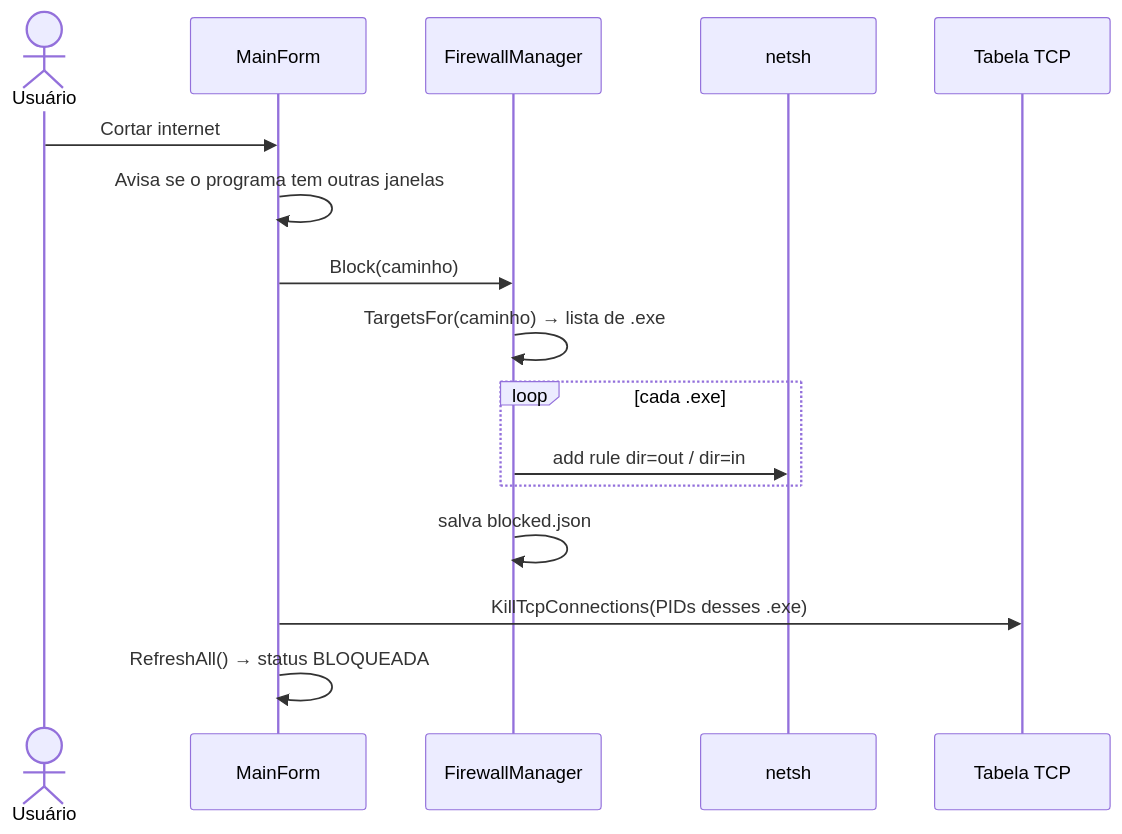
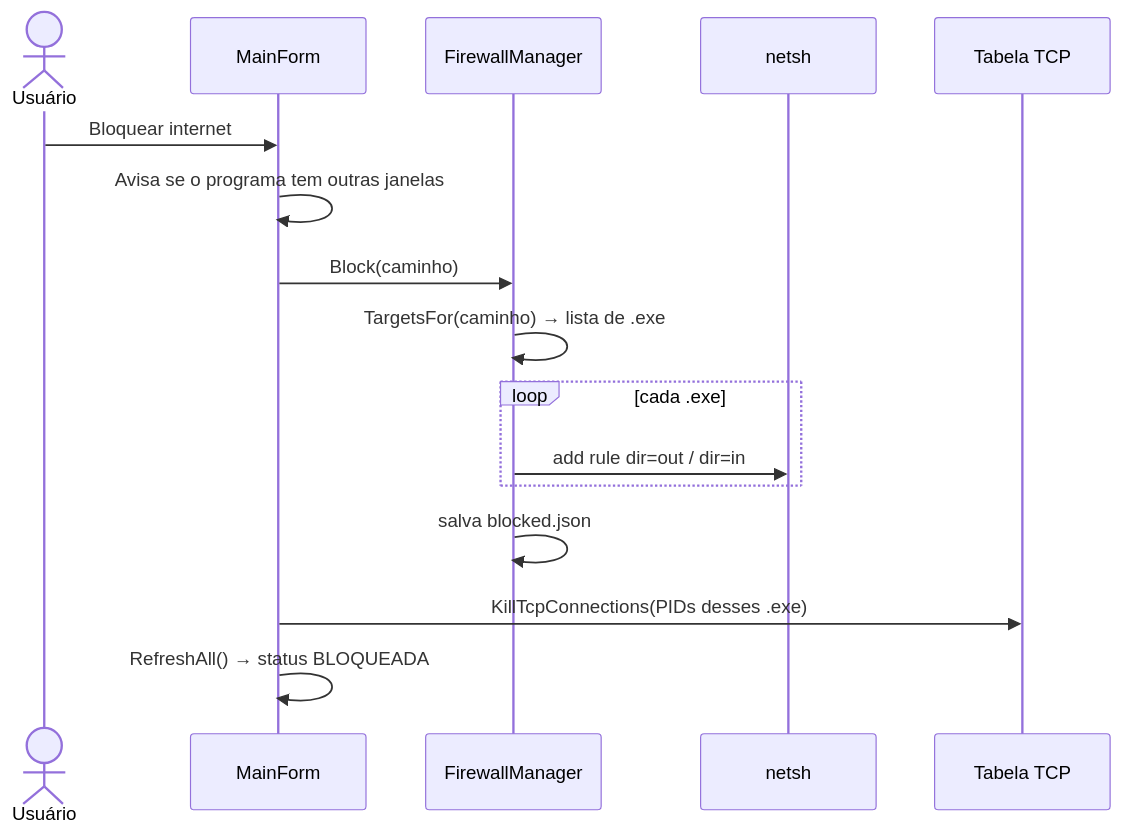
The second of 6 diagrams in ARQUITETURA.md (PauloHenriqueXD/HiddenApp), drawn with Mermaid before and after one commit. The commit also changed other lines of this file and 10 other files, not shown here.

````diff
--- a/ARQUITETURA.md
+++ b/ARQUITETURA.md
@@ -94,19 +94,19 @@
 ```mermaid
 sequenceDiagram
     actor U as Usuário
     participant MF as MainForm
     participant FM as FirewallManager
     participant N as netsh
     participant T as Tabela TCP
 
-    U->>MF: Cortar internet
+    U->>MF: Bloquear internet
     MF->>MF: Avisa se o programa tem outras janelas
     MF->>FM: Block(caminho)
     FM->>FM: TargetsFor(caminho) → lista de .exe
     loop cada .exe
         FM->>N: add rule dir=out / dir=in
     end
     FM->>FM: salva blocked.json
     MF->>T: KillTcpConnections(PIDs desses .exe)
     MF->>MF: RefreshAll() → status BLOQUEADA
 ```
````
